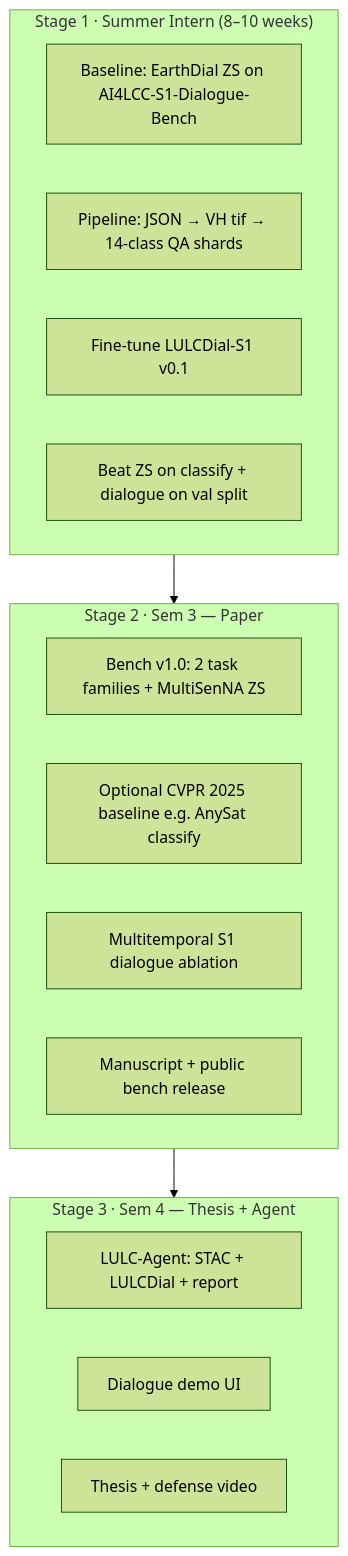
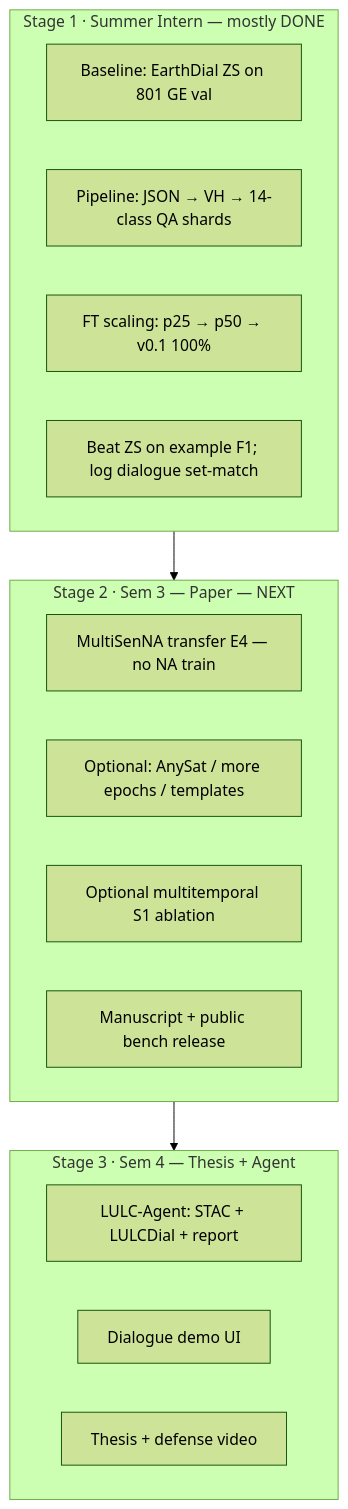
One commit to Riha-K/MTP changed the first of 2 diagrams in AI4LCC_S1_VLM_MTech_3Stage_Roadmap.md. Above: the diagram before and after it, drawn with Mermaid (forest theme). The commit also changed other lines of this file and 8 other files, not shown here.

First line of the commit message:
Update docs so Stage 1 done status and MultiSenNA next match.

````diff
--- a/AI4LCC_S1_VLM_MTech_3Stage_Roadmap.md
+++ b/AI4LCC_S1_VLM_MTech_3Stage_Roadmap.md
@@ -90,24 +99,24 @@
 ```mermaid
 flowchart TB
-    subgraph S1["Stage 1 · Summer Intern (8–10 weeks)"]
-        A1[Baseline: EarthDial ZS on AI4LCC-S1-Dialogue-Bench]
-        A2[Pipeline: JSON → VH tif → 14-class QA shards]
-        A3[Fine-tune LULCDial-S1 v0.1]
-        A4[Beat ZS on classify + dialogue on val split]
+    subgraph S1["Stage 1 · Summer Intern — mostly DONE"]
+        A1[Baseline: EarthDial ZS on 801 GE val]
+        A2[Pipeline: JSON → VH → 14-class QA shards]
+        A3[FT scaling: p25 → p50 → v0.1 100%]
+        A4[Beat ZS on example F1; log dialogue set-match]
     end
 
-    subgraph S2["Stage 2 · Sem 3 — Paper"]
-        B1[Bench v1.0: 2 task families + MultiSenNA ZS]
-        B2[Optional CVPR 2025 baseline e.g. AnySat classify]
-        B3[Multitemporal S1 dialogue ablation]
+    subgraph S2["Stage 2 · Sem 3 — Paper — NEXT"]
+        B1[MultiSenNA transfer E4 — no NA train]
+        B2[Optional: AnySat / more epochs / templates]
+        B3[Optional multitemporal S1 ablation]
         B4[Manuscript + public bench release]
     end
 
     subgraph S3["Stage 3 · Sem 4 — Thesis + Agent"]
         C1[LULC-Agent: STAC + LULCDial + report]
         C2[Dialogue demo UI]
         C3[Thesis + defense video]
     end
 
     S1 --> S2 --> S3
 ```
````
